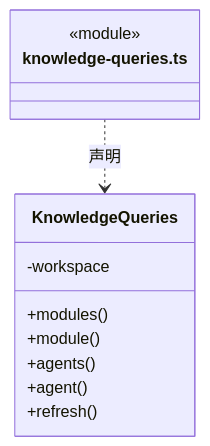
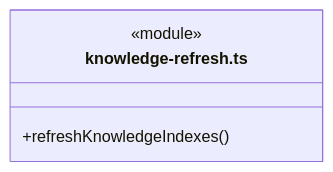
Before and after one commit to nan023062/cbim: the second of 32 diagrams in src/backend/core/knowledge/ARCHITECTURE.md, drawn with Mermaid. The commit also changed other lines of this file and 32 other files, not shown here.

First line of the commit message:
refactor: isolate knowledge queries and scoped domain tests

````diff
--- a/src/backend/core/knowledge/ARCHITECTURE.md
+++ b/src/backend/core/knowledge/ARCHITECTURE.md
@@ -52,15 +52,7 @@
 ```mermaid
 classDiagram
-class N_src_backend_core_knowledge_knowledge_queries_ts["knowledge-queries.ts"] {
+class N_src_backend_core_knowledge_knowledge_refresh_ts["knowledge-refresh.ts"] {
   <<module>>
+  +refreshKnowledgeIndexes()
 }
-class N_src_backend_core_knowledge_knowledge_queries_ts_KnowledgeQueries["KnowledgeQueries"] {
-  +modules()
-  +module()
-  +agents()
-  +agent()
-  +refresh()
-  -workspace
-}
-N_src_backend_core_knowledge_knowledge_queries_ts ..> N_src_backend_core_knowledge_knowledge_queries_ts_KnowledgeQueries : 声明
 ```
````
